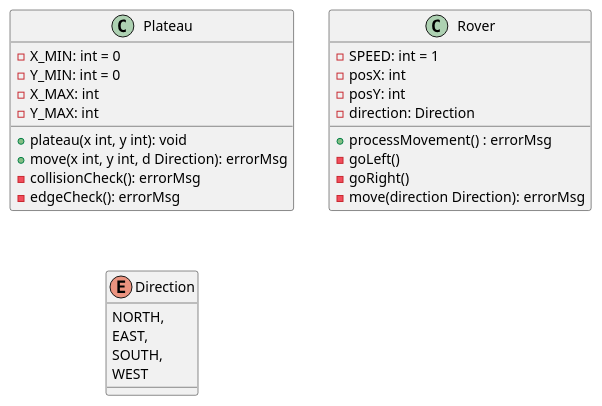
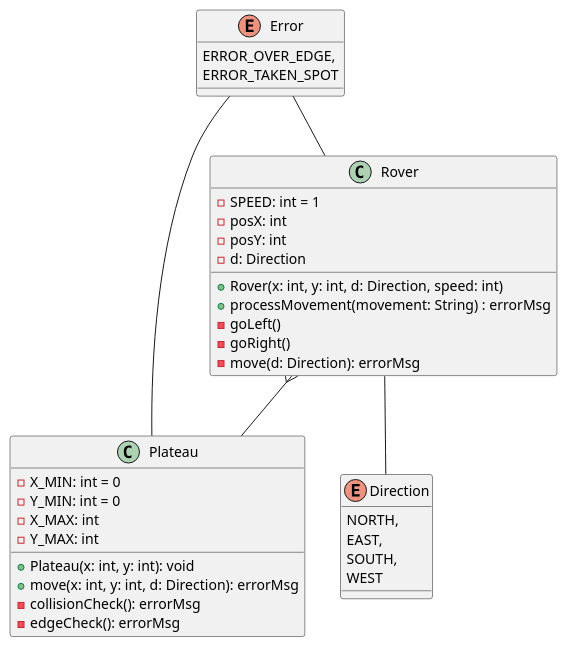
The diagram in mars-rover.puml (abinormal/mars-rover-kata), drawn with PlantUML before and after one commit. The commit also changed 2 other files, not shown here.

Commit message:
Added Error class and tidied up.

```diff
--- a/mars-rover.puml
+++ b/mars-rover.puml
@@ -1,37 +1,47 @@
 @startuml
 'https://plantuml.com/class-diagram
 
+Rover }-- Plateau
+Rover -- Direction
 
+Error -- Plateau
+Error -- Rover
 
 class Plateau {
 - X_MIN: int = 0
 - Y_MIN: int = 0
 - X_MAX: int
 - Y_MAX: int
-' Other rover position?
 
-+ plateau(x int, y int): void
-+ move(x int, y int, d Direction): errorMsg
++ Plateau(x: int, y: int): void
++ move(x: int, y: int, d: Direction): errorMsg
 - collisionCheck(): errorMsg
 - edgeCheck(): errorMsg
 }
 
 class Rover {
 - SPEED: int = 1
 - posX: int
 - posY: int
-- direction: Direction
-+ processMovement() : errorMsg
+- d: Direction
+
++ Rover(x: int, y: int, d: Direction, speed: int)
++ processMovement(movement: String) : errorMsg
 - goLeft()
 - goRight()
-- move(direction Direction): errorMsg
+- move(d: Direction): errorMsg
+}
+
+enum Error {
+    ERROR_OVER_EDGE,
+    ERROR_TAKEN_SPOT
 }
 
 enum Direction {
 NORTH,
 EAST,
 SOUTH,
 WEST
 }
 
 @enduml
```
